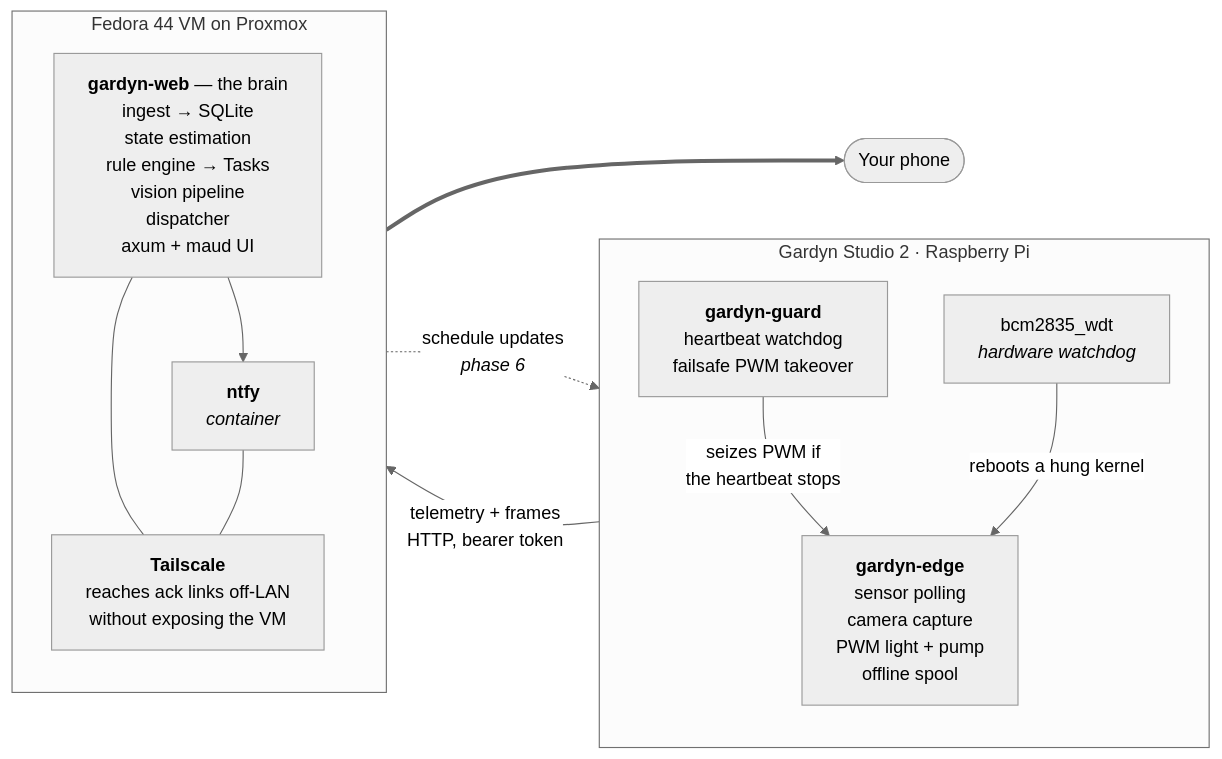
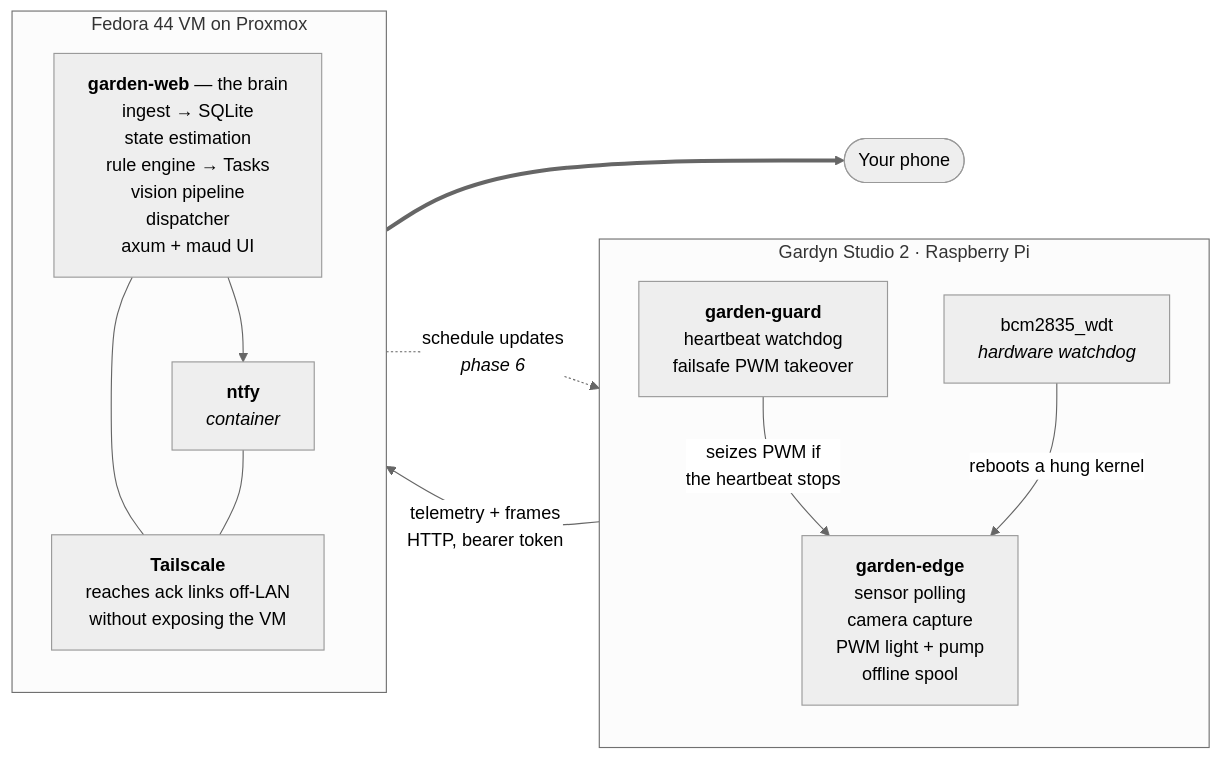
The first of 2 diagrams in DESIGN.md (aero530/garden_monitor), drawn with Mermaid (neutral theme) before and after one commit. The commit also changed other lines of this file and 272 other files, not shown here.

First line of the commit message:
Rename the project from gardyn to garden

````diff
--- a/DESIGN.md
+++ b/DESIGN.md
@@ -114,27 +114,27 @@
 ```mermaid
 flowchart LR
   subgraph pi["Gardyn Studio 2 · Raspberry Pi"]
     direction TB
-    edge["<b>gardyn-edge</b><br/>sensor polling<br/>camera capture<br/>PWM light + pump<br/>offline spool"]
-    guard["<b>gardyn-guard</b><br/>heartbeat watchdog<br/>failsafe PWM takeover"]
+    edge["<b>garden-edge</b><br/>sensor polling<br/>camera capture<br/>PWM light + pump<br/>offline spool"]
+    guard["<b>garden-guard</b><br/>heartbeat watchdog<br/>failsafe PWM takeover"]
     wdt["bcm2835_wdt<br/><i>hardware watchdog</i>"]
     guard -->|"seizes PWM if<br/>the heartbeat stops"| edge
     wdt -->|"reboots a hung kernel"| edge
   end
 
   subgraph vm["Fedora 44 VM on Proxmox"]
     direction TB
-    brain["<b>gardyn-web</b> — the brain<br/>ingest → SQLite<br/>state estimation<br/>rule engine → Tasks<br/>vision pipeline<br/>dispatcher<br/>axum + maud UI"]
+    brain["<b>garden-web</b> — the brain<br/>ingest → SQLite<br/>state estimation<br/>rule engine → Tasks<br/>vision pipeline<br/>dispatcher<br/>axum + maud UI"]
     ntfy["<b>ntfy</b><br/><i>container</i>"]
     ts["<b>Tailscale</b><br/>reaches ack links off-LAN<br/>without exposing the VM"]
     brain --> ntfy
     brain --- ts
     ntfy --- ts
   end
 
   phone(["Your phone"])
 
   edge -->|"telemetry + frames<br/>HTTP, bearer token"| brain
   brain -.->|"schedule updates<br/><i>phase 6</i>"| edge
   ts ==> phone
 ```
````
